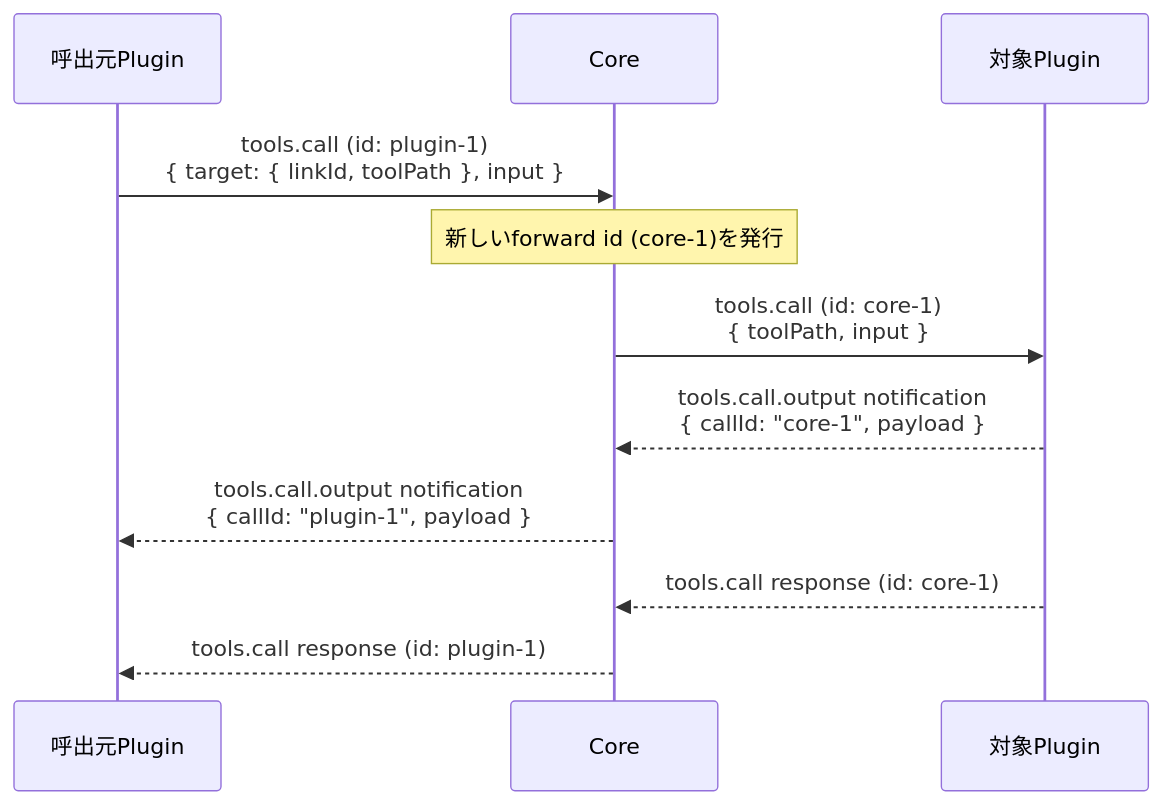
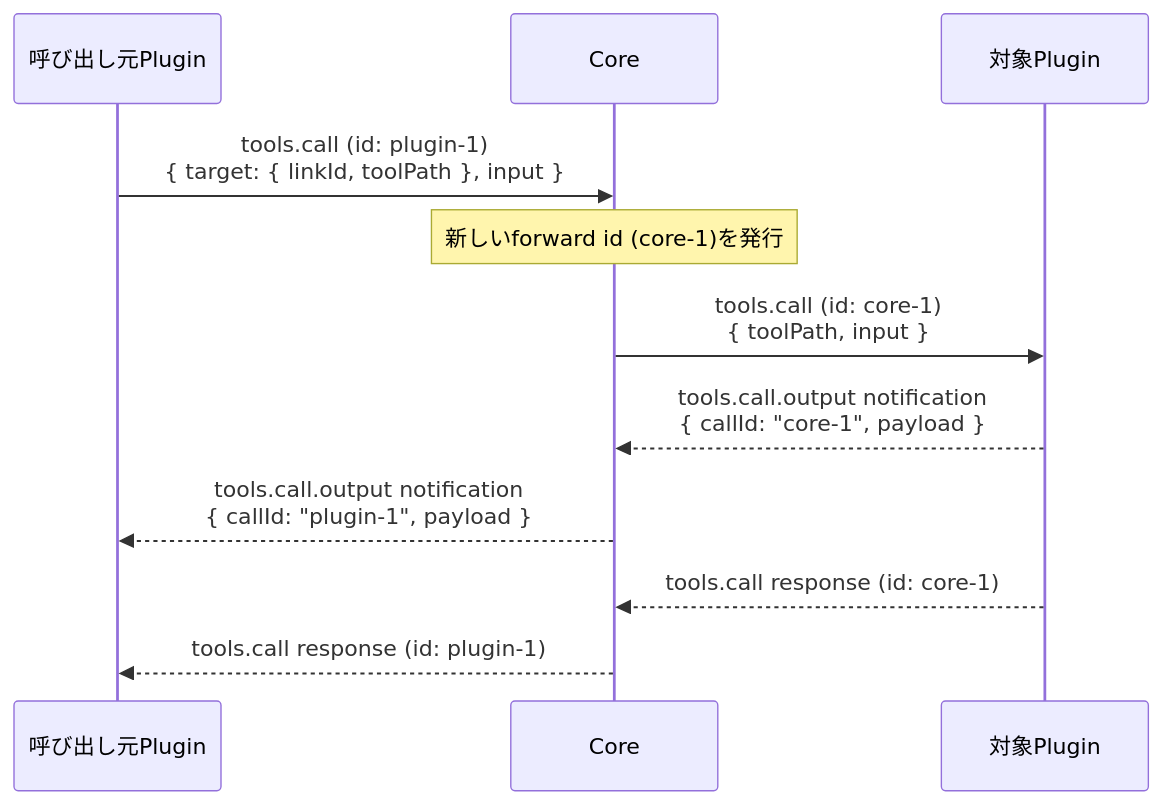
The first of 2 diagrams in docs/contracts/00003-tool-call.md (naatin777/plugumi), drawn with Mermaid before and after one commit. The commit also changed other lines of this file and 56 other files, not shown here.

````diff
--- a/docs/contracts/00003-tool-call.md
+++ b/docs/contracts/00003-tool-call.md
@@ -52,14 +52,14 @@
 ```mermaid
 sequenceDiagram
-    participant Caller as 呼出元Plugin
+    participant Caller as 呼び出し元Plugin
     participant Core
     participant Target as 対象Plugin
 
     Caller->>Core: tools.call (id: plugin-1)<br/>{ target: { linkId, toolPath }, input }
     Note over Core: 新しいforward id (core-1)を発行
     Core->>Target: tools.call (id: core-1)<br/>{ toolPath, input }
     Target-->>Core: tools.call.output notification<br/>{ callId: "core-1", payload }
     Core-->>Caller: tools.call.output notification<br/>{ callId: "plugin-1", payload }
     Target-->>Core: tools.call response (id: core-1)
     Core-->>Caller: tools.call response (id: plugin-1)
 ```
````
